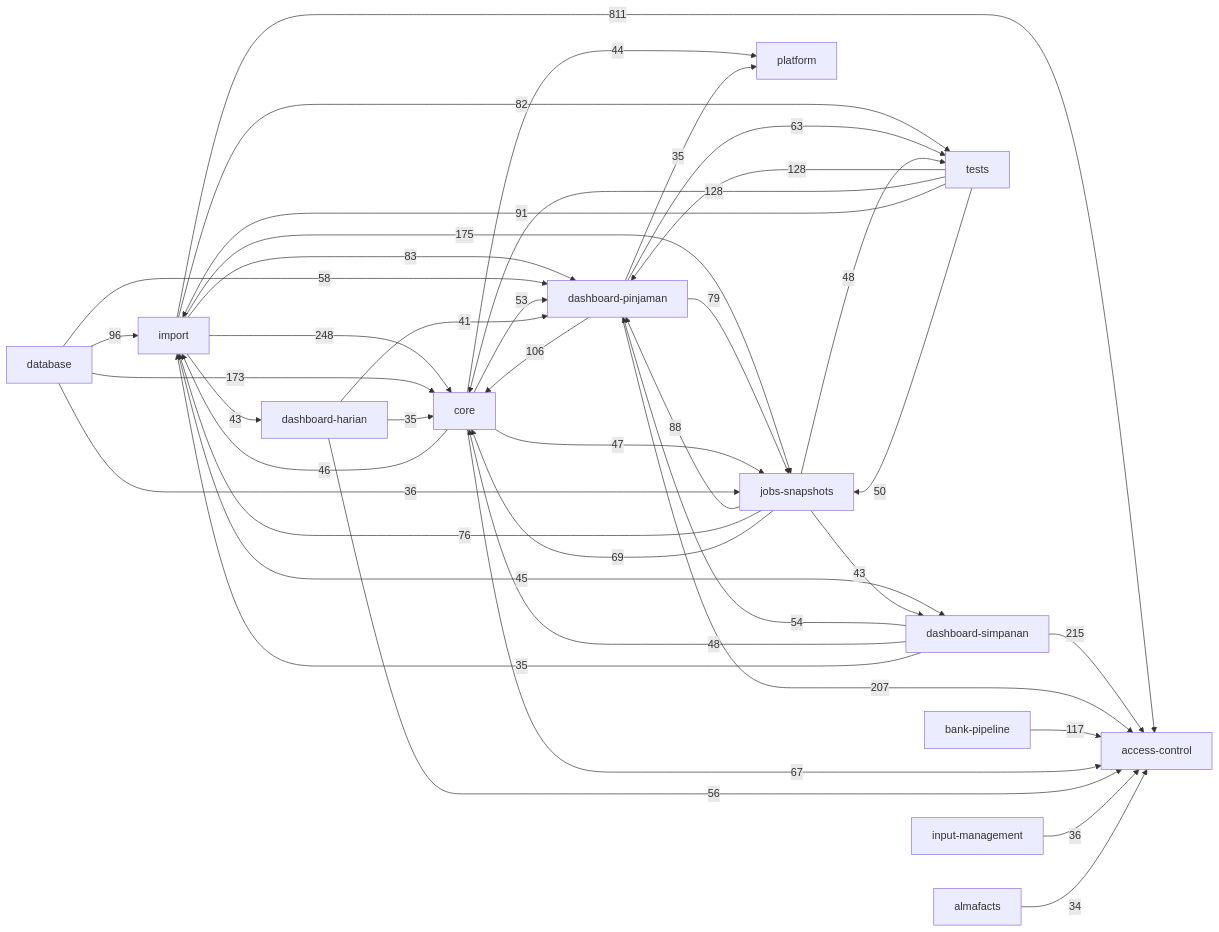
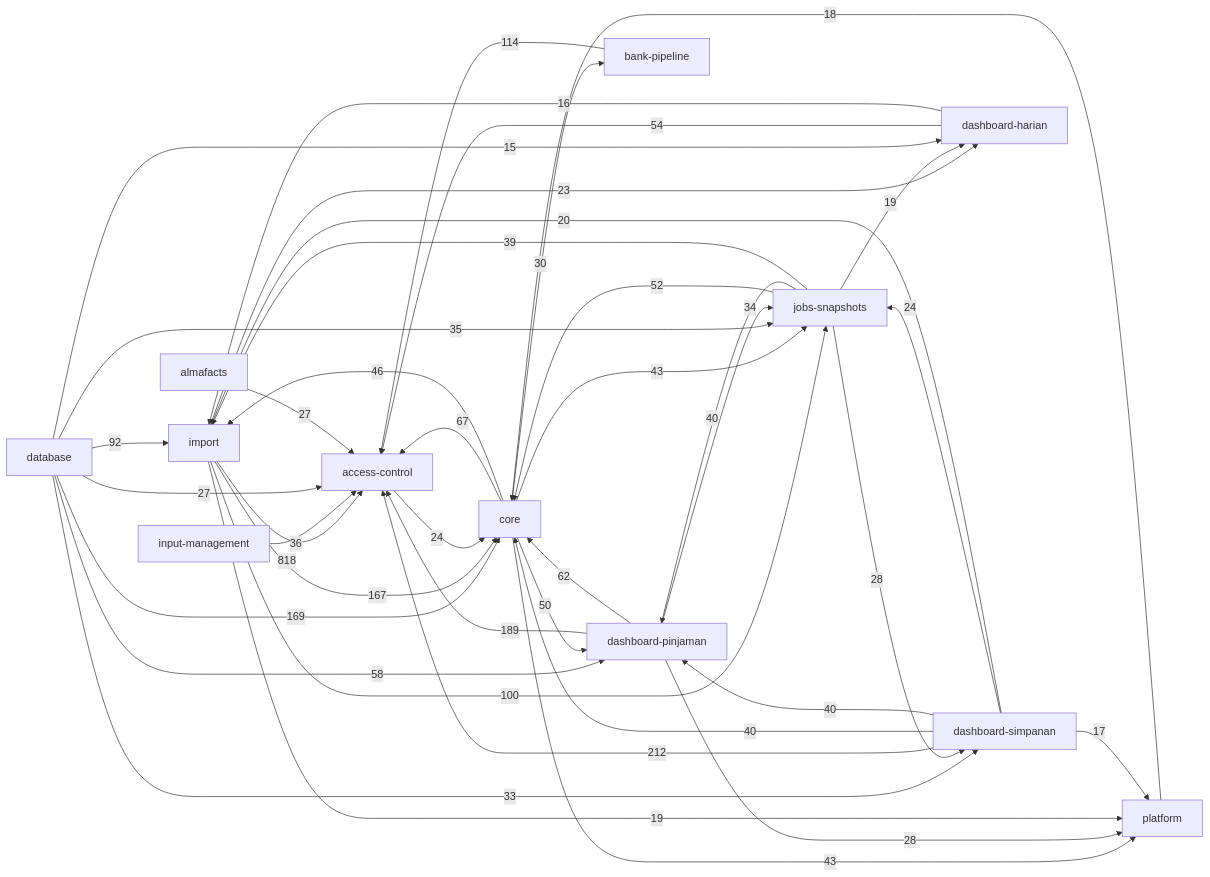
Before and after one commit to RizalloN/project-abah: the diagram in docs/knowledge-graph/ARCHITECTURE.md, drawn with Mermaid. The commit also changed other lines of this file and 146 other files, not shown here.

````diff
--- a/docs/knowledge-graph/ARCHITECTURE.md
+++ b/docs/knowledge-graph/ARCHITECTURE.md
@@ -5,43 +5,43 @@
 ```mermaid
 flowchart LR
-    d_d942f64886["import"] -->|811| d_c393a69167["access-control"]
-    d_d942f64886["import"] -->|248| d_0d45f5fd46["core"]
-    d_90026ec21f["dashboard-simpanan"] -->|215| d_c393a69167["access-control"]
-    d_c1933689a3["dashboard-pinjaman"] -->|207| d_c393a69167["access-control"]
-    d_d942f64886["import"] -->|175| d_7c16aa6a77["jobs-snapshots"]
-    d_3549b0028b["database"] -->|173| d_0d45f5fd46["core"]
-    d_59830ebc3a["tests"] -->|128| d_c1933689a3["dashboard-pinjaman"]
-    d_59830ebc3a["tests"] -->|128| d_0d45f5fd46["core"]
-    d_39bcb775e4["bank-pipeline"] -->|117| d_c393a69167["access-control"]
-    d_c1933689a3["dashboard-pinjaman"] -->|106| d_0d45f5fd46["core"]
-    d_3549b0028b["database"] -->|96| d_d942f64886["import"]
-    d_59830ebc3a["tests"] -->|91| d_d942f64886["import"]
-    d_7c16aa6a77["jobs-snapshots"] -->|88| d_c1933689a3["dashboard-pinjaman"]
-    d_d942f64886["import"] -->|83| d_c1933689a3["dashboard-pinjaman"]
-    d_d942f64886["import"] -->|82| d_59830ebc3a["tests"]
-    d_c1933689a3["dashboard-pinjaman"] -->|79| d_7c16aa6a77["jobs-snapshots"]
-    d_7c16aa6a77["jobs-snapshots"] -->|76| d_d942f64886["import"]
-    d_7c16aa6a77["jobs-snapshots"] -->|69| d_0d45f5fd46["core"]
+    d_d942f64886["import"] -->|818| d_c393a69167["access-control"]
+    d_90026ec21f["dashboard-simpanan"] -->|212| d_c393a69167["access-control"]
+    d_c1933689a3["dashboard-pinjaman"] -->|189| d_c393a69167["access-control"]
+    d_3549b0028b["database"] -->|169| d_0d45f5fd46["core"]
+    d_d942f64886["import"] -->|167| d_0d45f5fd46["core"]
+    d_39bcb775e4["bank-pipeline"] -->|114| d_c393a69167["access-control"]
+    d_d942f64886["import"] -->|100| d_7c16aa6a77["jobs-snapshots"]
+    d_3549b0028b["database"] -->|92| d_d942f64886["import"]
     d_0d45f5fd46["core"] -->|67| d_c393a69167["access-control"]
-    d_c1933689a3["dashboard-pinjaman"] -->|63| d_59830ebc3a["tests"]
+    d_c1933689a3["dashboard-pinjaman"] -->|62| d_0d45f5fd46["core"]
     d_3549b0028b["database"] -->|58| d_c1933689a3["dashboard-pinjaman"]
-    d_a0a49fdd98["dashboard-harian"] -->|56| d_c393a69167["access-control"]
-    d_90026ec21f["dashboard-simpanan"] -->|54| d_c1933689a3["dashboard-pinjaman"]
-    d_0d45f5fd46["core"] -->|53| d_c1933689a3["dashboard-pinjaman"]
-    d_59830ebc3a["tests"] -->|50| d_7c16aa6a77["jobs-snapshots"]
-    d_90026ec21f["dashboard-simpanan"] -->|48| d_0d45f5fd46["core"]
-    d_7c16aa6a77["jobs-snapshots"] -->|48| d_59830ebc3a["tests"]
-    d_0d45f5fd46["core"] -->|47| d_7c16aa6a77["jobs-snapshots"]
+    d_a0a49fdd98["dashboard-harian"] -->|54| d_c393a69167["access-control"]
+    d_7c16aa6a77["jobs-snapshots"] -->|52| d_0d45f5fd46["core"]
+    d_0d45f5fd46["core"] -->|50| d_c1933689a3["dashboard-pinjaman"]
     d_0d45f5fd46["core"] -->|46| d_d942f64886["import"]
-    d_d942f64886["import"] -->|45| d_90026ec21f["dashboard-simpanan"]
-    d_0d45f5fd46["core"] -->|44| d_d294fcce0c["platform"]
-    d_7c16aa6a77["jobs-snapshots"] -->|43| d_90026ec21f["dashboard-simpanan"]
-    d_d942f64886["import"] -->|43| d_a0a49fdd98["dashboard-harian"]
-    d_a0a49fdd98["dashboard-harian"] -->|41| d_c1933689a3["dashboard-pinjaman"]
-    d_3549b0028b["database"] -->|36| d_7c16aa6a77["jobs-snapshots"]
+    d_0d45f5fd46["core"] -->|43| d_d294fcce0c["platform"]
+    d_0d45f5fd46["core"] -->|43| d_7c16aa6a77["jobs-snapshots"]
+    d_7c16aa6a77["jobs-snapshots"] -->|40| d_c1933689a3["dashboard-pinjaman"]
+    d_90026ec21f["dashboard-simpanan"] -->|40| d_0d45f5fd46["core"]
+    d_90026ec21f["dashboard-simpanan"] -->|40| d_c1933689a3["dashboard-pinjaman"]
+    d_7c16aa6a77["jobs-snapshots"] -->|39| d_d942f64886["import"]
     d_b70a9d941d["input-management"] -->|36| d_c393a69167["access-control"]
-    d_c1933689a3["dashboard-pinjaman"] -->|35| d_d294fcce0c["platform"]
-    d_90026ec21f["dashboard-simpanan"] -->|35| d_d942f64886["import"]
-    d_a0a49fdd98["dashboard-harian"] -->|35| d_0d45f5fd46["core"]
-    d_b89824cc5a["almafacts"] -->|34| d_c393a69167["access-control"]
+    d_3549b0028b["database"] -->|35| d_7c16aa6a77["jobs-snapshots"]
+    d_c1933689a3["dashboard-pinjaman"] -->|34| d_7c16aa6a77["jobs-snapshots"]
+    d_3549b0028b["database"] -->|33| d_90026ec21f["dashboard-simpanan"]
+    d_0d45f5fd46["core"] -->|30| d_39bcb775e4["bank-pipeline"]
+    d_c1933689a3["dashboard-pinjaman"] -->|28| d_d294fcce0c["platform"]
+    d_7c16aa6a77["jobs-snapshots"] -->|28| d_90026ec21f["dashboard-simpanan"]
+    d_3549b0028b["database"] -->|27| d_c393a69167["access-control"]
+    d_b89824cc5a["almafacts"] -->|27| d_c393a69167["access-control"]
+    d_90026ec21f["dashboard-simpanan"] -->|24| d_7c16aa6a77["jobs-snapshots"]
+    d_c393a69167["access-control"] -->|24| d_0d45f5fd46["core"]
+    d_d942f64886["import"] -->|23| d_a0a49fdd98["dashboard-harian"]
+    d_90026ec21f["dashboard-simpanan"] -->|20| d_d942f64886["import"]
+    d_7c16aa6a77["jobs-snapshots"] -->|19| d_a0a49fdd98["dashboard-harian"]
+    d_d942f64886["import"] -->|19| d_d294fcce0c["platform"]
+    d_d294fcce0c["platform"] -->|18| d_0d45f5fd46["core"]
+    d_90026ec21f["dashboard-simpanan"] -->|17| d_d294fcce0c["platform"]
+    d_a0a49fdd98["dashboard-harian"] -->|16| d_d942f64886["import"]
+    d_3549b0028b["database"] -->|15| d_a0a49fdd98["dashboard-harian"]
 ```
````
